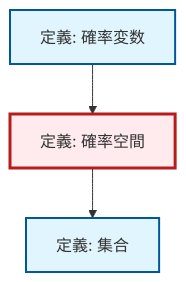
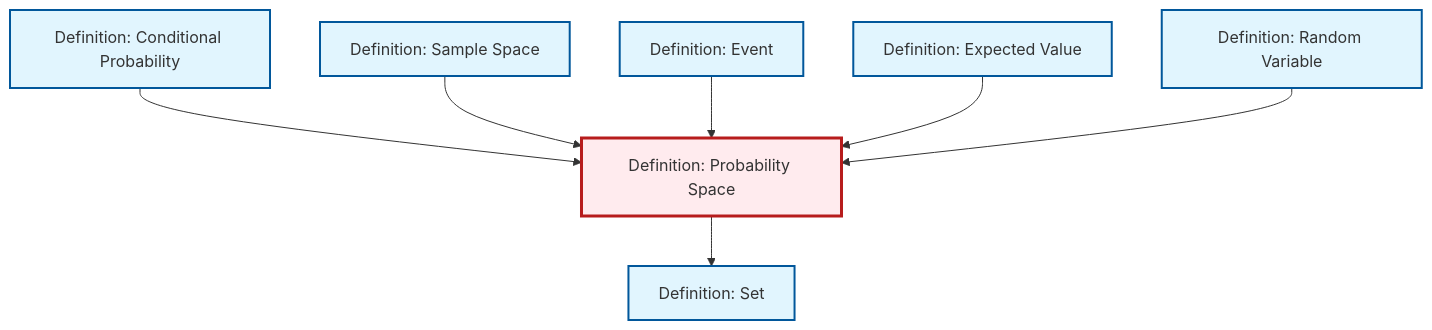
The diagram in content/ja/probability-statistics/def-probability-space.qmd (RK0429/ModernMath), drawn with Mermaid before and after one commit. The commit also changed 203 other files, not shown here.

````diff
--- a/content/ja/probability-statistics/def-probability-space.qmd
+++ b/content/ja/probability-statistics/def-probability-space.qmd
@@ -47,18 +47,23 @@
 ```{mermaid}
-%%| fig-cap: "局所依存関係グラフ"
+%%| fig-cap: "Local dependency graph"
 graph TD
     classDef definition fill:#e1f5fe,stroke:#01579b,stroke-width:2px
     classDef theorem fill:#f3e5f5,stroke:#4a148c,stroke-width:2px
     classDef axiom fill:#fff3e0,stroke:#e65100,stroke-width:2px
     classDef example fill:#e8f5e9,stroke:#1b5e20,stroke-width:2px
     classDef current fill:#ffebee,stroke:#b71c1c,stroke-width:3px
-    def-random-variable["定義: 確率変数"]:::definition
-    def-probability-space["定義: 確率空間"]:::definition
-    def-set["定義: 集合"]:::definition
+    def-expectation["Definition: Expected Value"]:::definition
+    def-event["Definition: Event"]:::definition
+    def-set["Definition: Set"]:::definition
+    def-sample-space["Definition: Sample Space"]:::definition
+    def-random-variable["Definition: Random Variable"]:::definition
+    def-conditional-probability["Definition: Conditional Probability"]:::definition
+    def-probability-space["Definition: Probability Space"]:::definition
+    def-probability-space --> def-set
+    def-conditional-probability --> def-probability-space
+    def-sample-space --> def-probability-space
+    def-event --> def-probability-space
+    def-expectation --> def-probability-space
     def-random-variable --> def-probability-space
-    def-probability-space --> def-set
     class def-probability-space current
-
-    click def-random-variable "def-random-variable.html" "Go to 定義: 確率変数"
-    click def-set "def-set.html" "Go to 定義: 集合"
 ```
````
